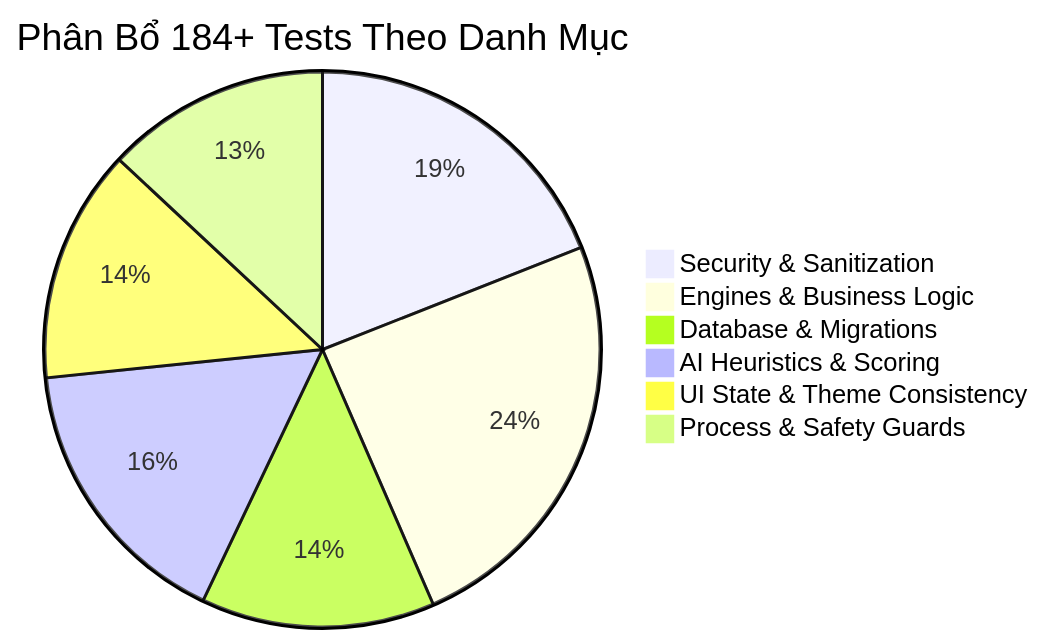
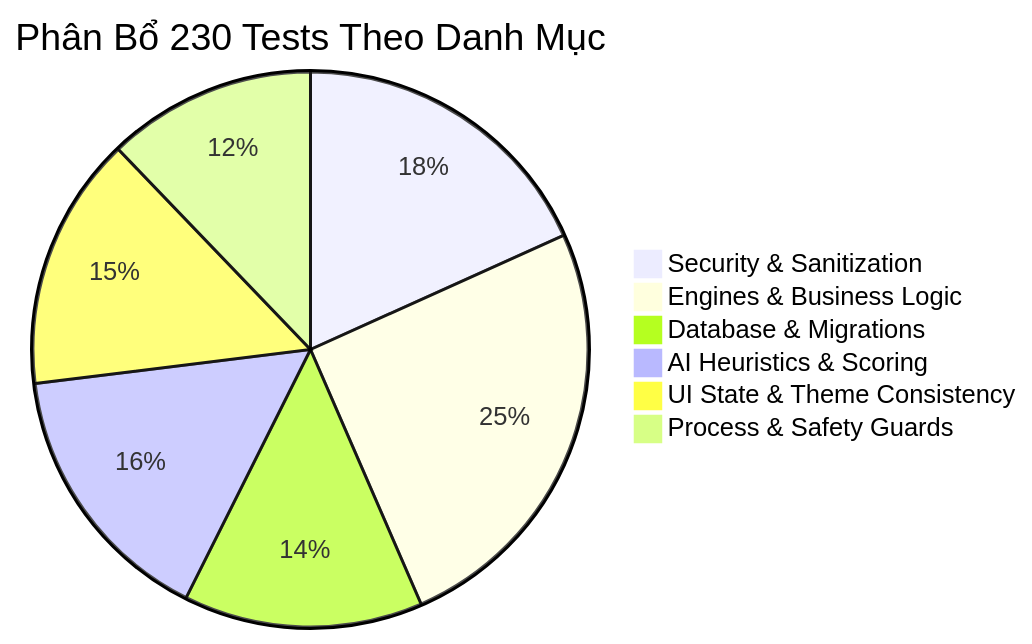
One commit to Nguyen-Trung-Tien/WinCarePro changed the diagram in docs/08_TESTING_AND_QUALITY_ASSURANCE.md. Above: the diagram before and after it, drawn with Mermaid. The commit also changed other lines of this file and 25 other files, not shown here.

````diff
--- a/docs/08_TESTING_AND_QUALITY_ASSURANCE.md
+++ b/docs/08_TESTING_AND_QUALITY_ASSURANCE.md
@@ -14,9 +16,9 @@
 ```mermaid
-pie title Phân Bổ 184+ Tests Theo Danh Mục
-    "Security & Sanitization" : 35
-    "Engines & Business Logic" : 45
-    "Database & Migrations" : 25
-    "AI Heuristics & Scoring" : 30
-    "UI State & Theme Consistency" : 25
-    "Process & Safety Guards" : 24
+pie title Phân Bổ 230 Tests Theo Danh Mục
+    "Security & Sanitization" : 42
+    "Engines & Business Logic" : 58
+    "Database & Migrations" : 32
+    "AI Heuristics & Scoring" : 36
+    "UI State & Theme Consistency" : 34
+    "Process & Safety Guards" : 28
 ```
````
